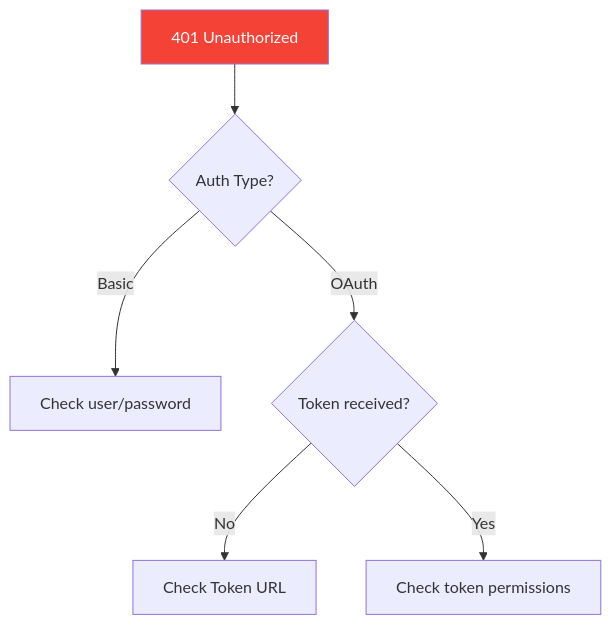
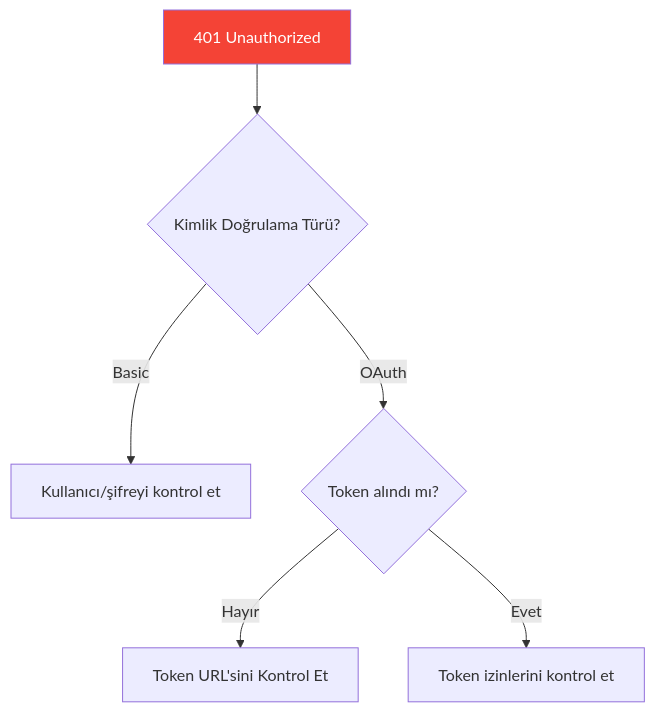
The third of 9 diagrams in Technical Tutorials/BTP/TR/chapters/appendix-d-troubleshooting.md (beyhanmeyrali/sap-all), drawn with Mermaid before and after one commit. The commit also changed other lines of this file and 11 other files, not shown here.

````diff
--- a/Technical Tutorials/BTP/TR/chapters/appendix-d-troubleshooting.md
+++ b/Technical Tutorials/BTP/TR/chapters/appendix-d-troubleshooting.md
@@ -76,10 +76,10 @@
 ```mermaid
 flowchart TD
-    ERR[401 Unauthorized] --> C1{Auth Type?}
-    C1 --> |"Basic"| B1[Check user/password]
-    C1 --> |"OAuth"| O1{Token received?}
-    O1 --> |"No"| O2[Check Token URL]
-    O1 --> |"Yes"| O3[Check token permissions]
+    ERR[401 Unauthorized] --> C1{Kimlik Doğrulama Türü?}
+    C1 --> |"Basic"| B1[Kullanıcı/şifreyi kontrol et]
+    C1 --> |"OAuth"| O1{Token alındı mı?}
+    O1 --> |"Hayır"| O2[Token URL'sini Kontrol Et]
+    O1 --> |"Evet"| O3[Token izinlerini kontrol et]
 
     style ERR fill:#f44336,color:white
 ```
````
